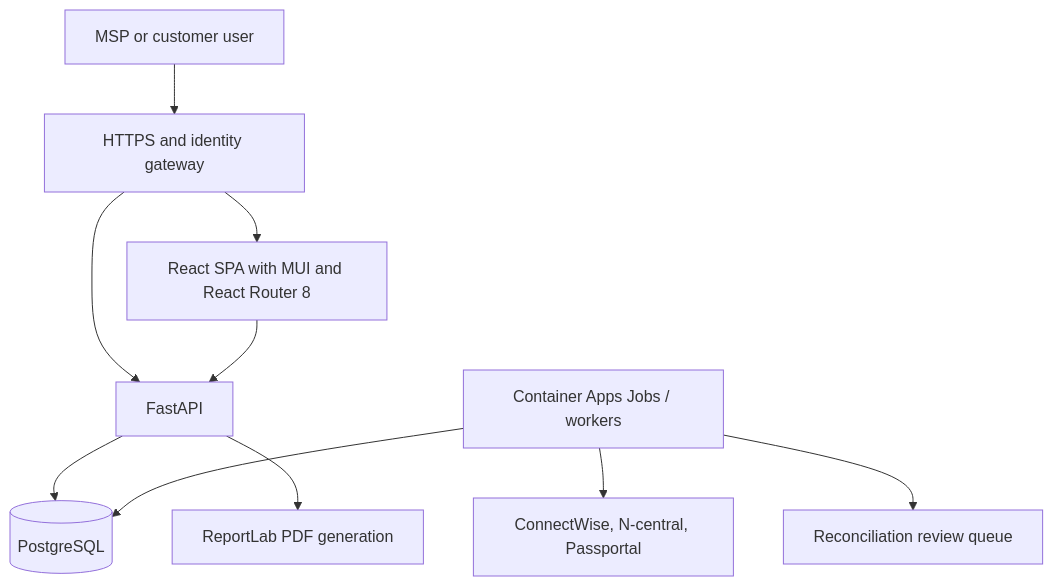
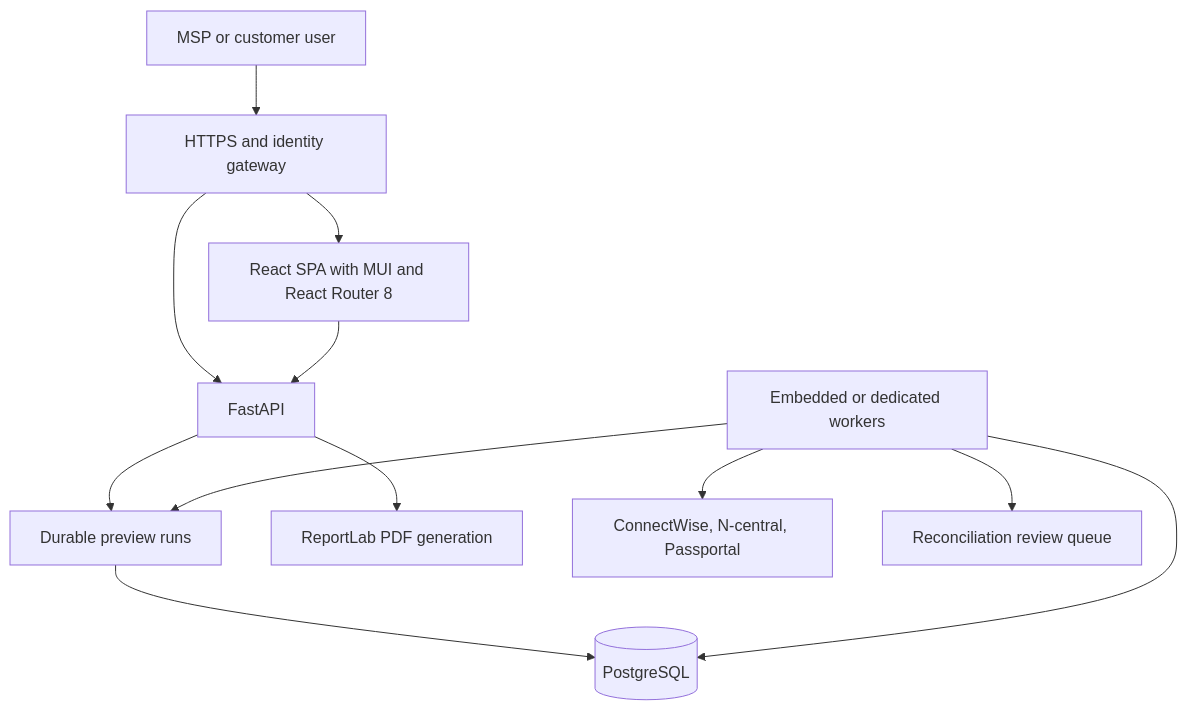
Before and after one commit to IPT-Holdings-PTY-Ltd/ipt-cmdb: the diagram in ARCHITECTURE.md, drawn with Mermaid. The commit also changed other lines of this file and 28 other files, not shown here.

````diff
--- a/ARCHITECTURE.md
+++ b/ARCHITECTURE.md
@@ -7,12 +7,14 @@
 ```mermaid
 flowchart TB
     USER[MSP or customer user] --> EDGE[HTTPS and identity gateway]
     EDGE --> SPA[React SPA with MUI and React Router 8]
     EDGE --> API[FastAPI]
     SPA --> API
-    API --> PG[(PostgreSQL)]
+    API --> RUNS[Durable preview runs]
+    RUNS --> PG[(PostgreSQL)]
     API --> REPORTS[ReportLab PDF generation]
-    JOBS[Container Apps Jobs / workers] --> PROVIDERS[ConnectWise, N-central, Passportal]
+    JOBS[Embedded or dedicated workers] --> RUNS
+    JOBS --> PROVIDERS[ConnectWise, N-central, Passportal]
     JOBS --> PG
     JOBS --> QUEUE[Reconciliation review queue]
 ```
````
